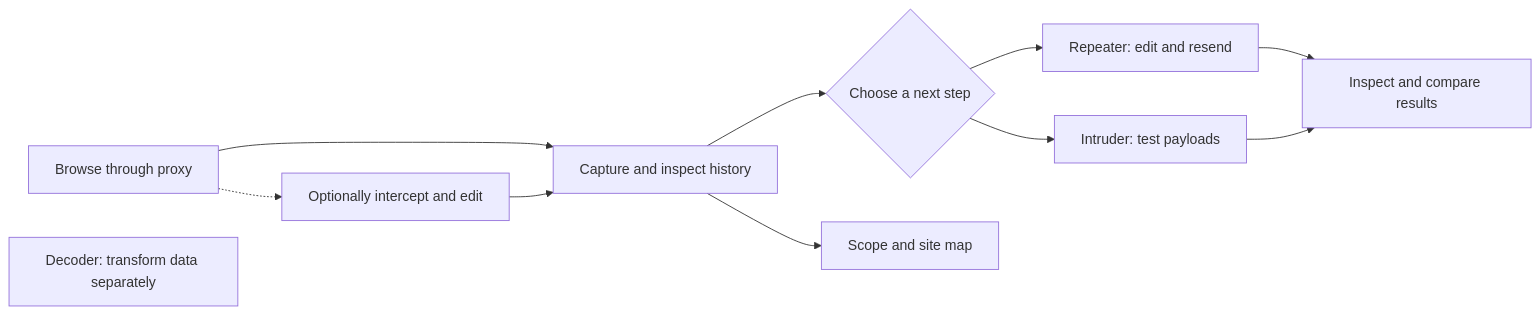
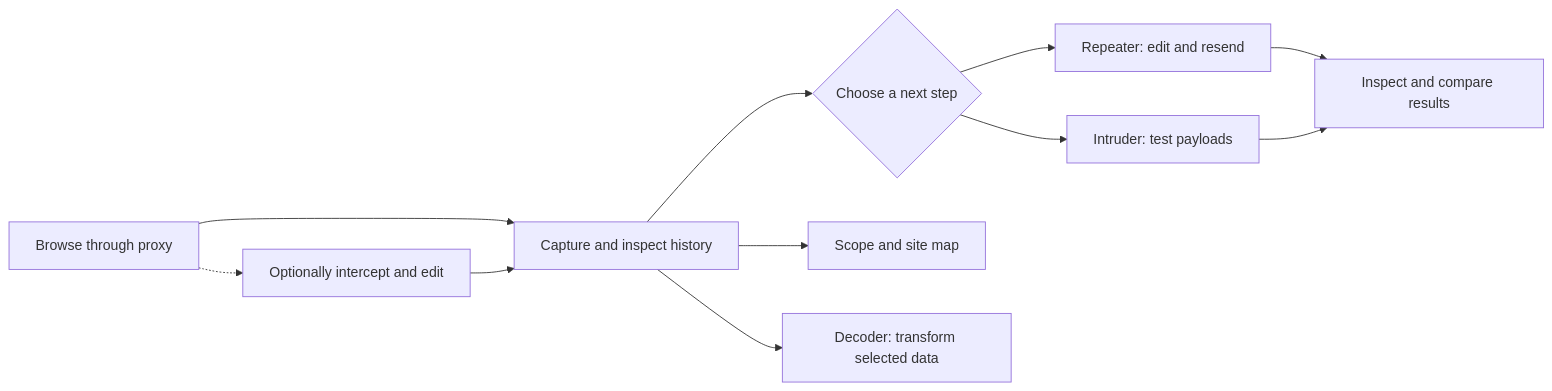
Before and after one commit to andyintheshell/perseid: the diagram in docs/burp-zap-workflows.md, drawn with Mermaid. The commit also changed other lines of this file and 26 other files, not shown here.

````diff
--- a/docs/burp-zap-workflows.md
+++ b/docs/burp-zap-workflows.md
@@ -23,13 +23,13 @@
 ```mermaid
 flowchart LR
     A[Browse through proxy] --> B[Capture and inspect history]
     A -.-> D[Optionally intercept and edit]
     D --> B
     B --> C{Choose a next step}
     C --> E[Repeater: edit and resend]
     C --> F[Intruder: test payloads]
     E --> G[Inspect and compare results]
     F --> G
     B --> H[Scope and site map]
-    I[Decoder: transform data separately]
+    B --> I[Decoder: transform selected data]
 ```
````
